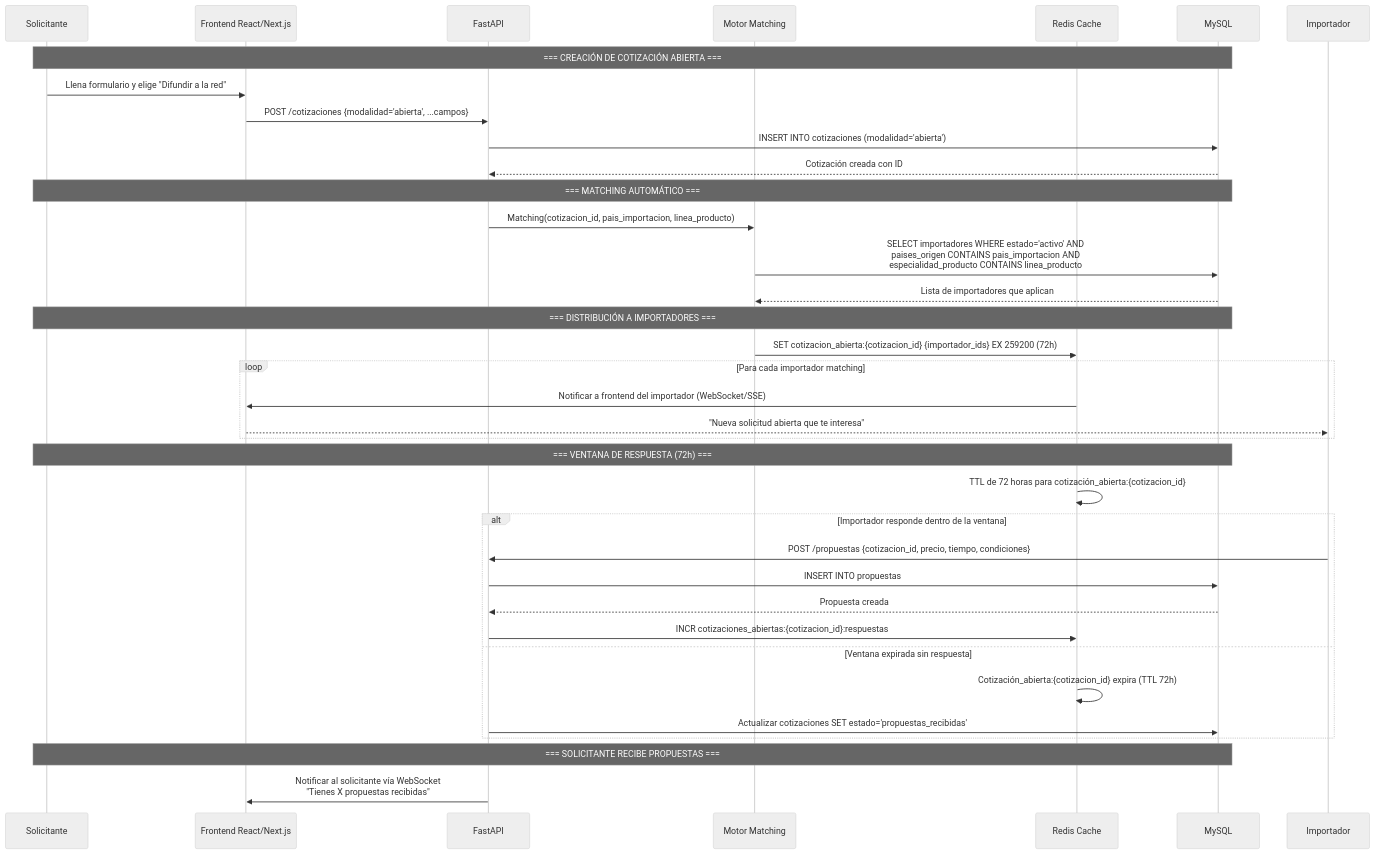
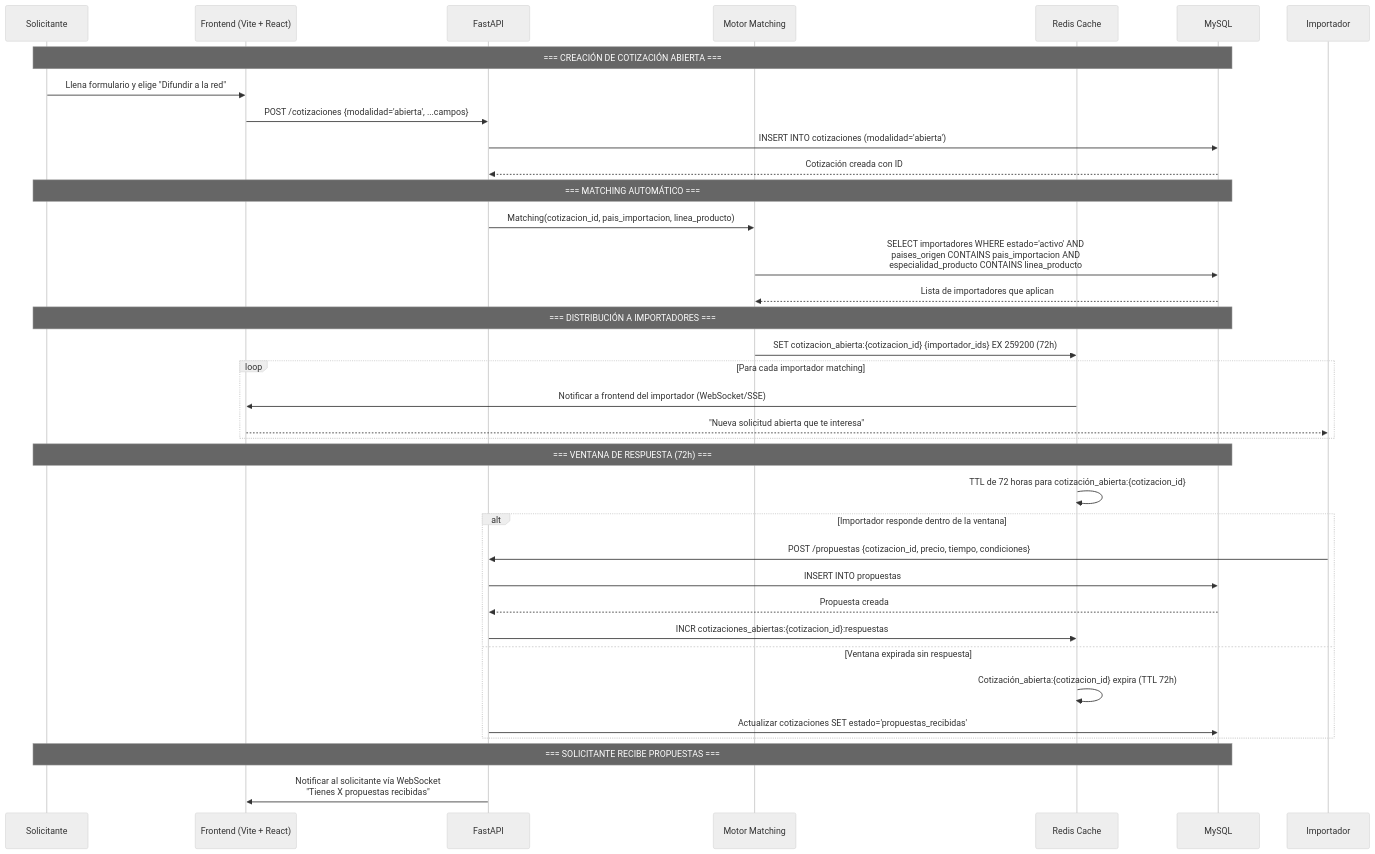
Before and after one commit to JuanEstebanAstaiza/ImportacionesQ8: the first of 2 diagrams in ImportacionesQ8V/03-Backend/Matching-Cotizaciones.md, drawn with Mermaid (neutral theme). The commit also changed other lines of this file and 43 other files, not shown here.

````diff
--- a/ImportacionesQ8V/03-Backend/Matching-Cotizaciones.md
+++ b/ImportacionesQ8V/03-Backend/Matching-Cotizaciones.md
@@ -13,44 +19,44 @@
 ```mermaid
 sequenceDiagram
     participant S as Solicitante
-    participant F as Frontend React/Next.js
+    participant F as Frontend (Vite + React)
     participant API as FastAPI
     participant M as Motor Matching
     participant R as Redis Cache
     participant DB as MySQL
 
     Note over S,DB: === CREACIÓN DE COTIZACIÓN ABIERTA ===
     S->>F: Llena formulario y elige "Difundir a la red"
     F->>API: POST /cotizaciones {modalidad='abierta', ...campos}
     API->>DB: INSERT INTO cotizaciones (modalidad='abierta')
     DB-->>API: Cotización creada con ID
     
     Note over S,DB: === MATCHING AUTOMÁTICO ===
     API->>M: Matching(cotizacion_id, pais_importacion, linea_producto)
     M->>DB: SELECT importadores WHERE estado='activo' AND <br/>paises_origen CONTAINS pais_importacion AND<br/>especialidad_producto CONTAINS linea_producto
     DB-->>M: Lista de importadores que aplican
     
     Note over S,DB: === DISTRIBUCIÓN A IMPORTADORES ===
     M->>R: SET cotizacion_abierta:{cotizacion_id} {importador_ids} EX 259200 (72h)
     
     loop Para cada importador matching
         R->>F: Notificar a frontend del importador (WebSocket/SSE)
         F-->>Importador: "Nueva solicitud abierta que te interesa"
     end
     
     Note over S,DB: === VENTANA DE RESPUESTA (72h) ===
     R->>R: TTL de 72 horas para cotización_abierta:{cotizacion_id}
     
     alt Importador responde dentro de la ventana
         Importador->>API: POST /propuestas {cotizacion_id, precio, tiempo, condiciones}
         API->>DB: INSERT INTO propuestas
         DB-->>API: Propuesta creada
         API->>R: INCR cotizaciones_abiertas:{cotizacion_id}:respuestas
     else Ventana expirada sin respuesta
         R->>R: Cotización_abierta:{cotizacion_id} expira (TTL 72h)
         API->>DB: Actualizar cotizaciones SET estado='propuestas_recibidas'
     end
     
     Note over S,DB: === SOLICITANTE RECIBE PROPUESTAS ===
     API->>F: Notificar al solicitante vía WebSocket<br/>"Tienes X propuestas recibidas"
 ```
````
